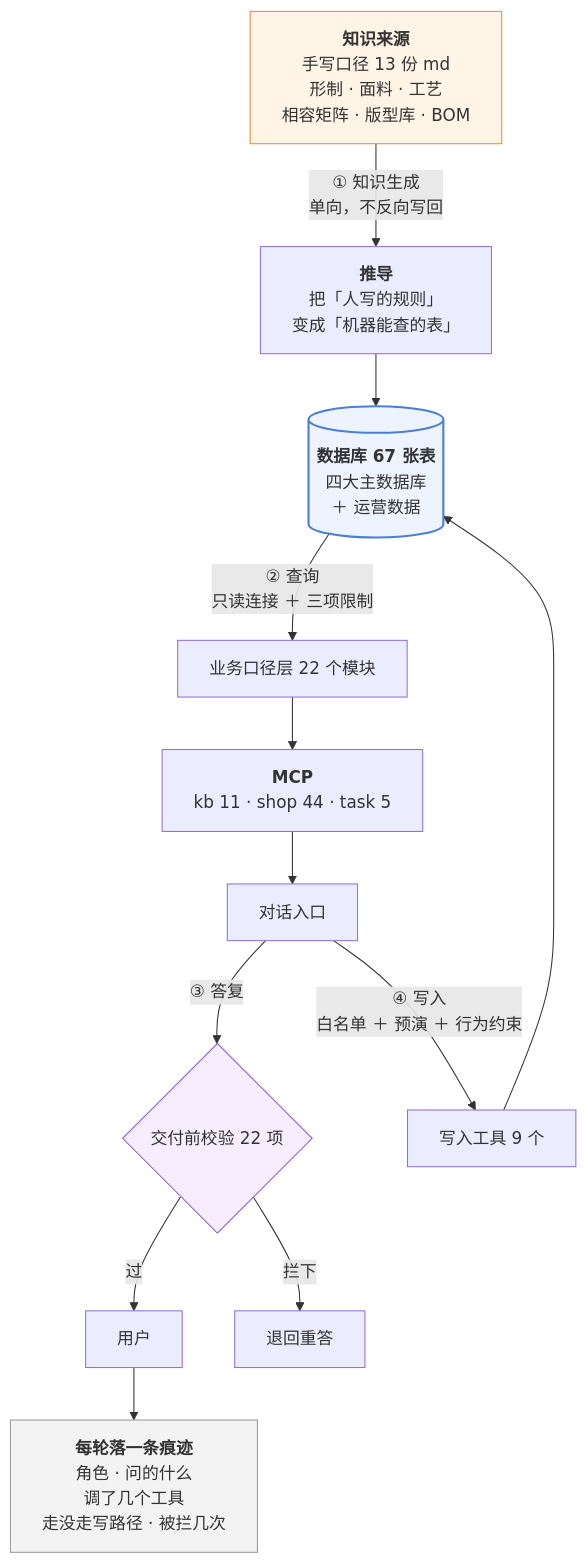
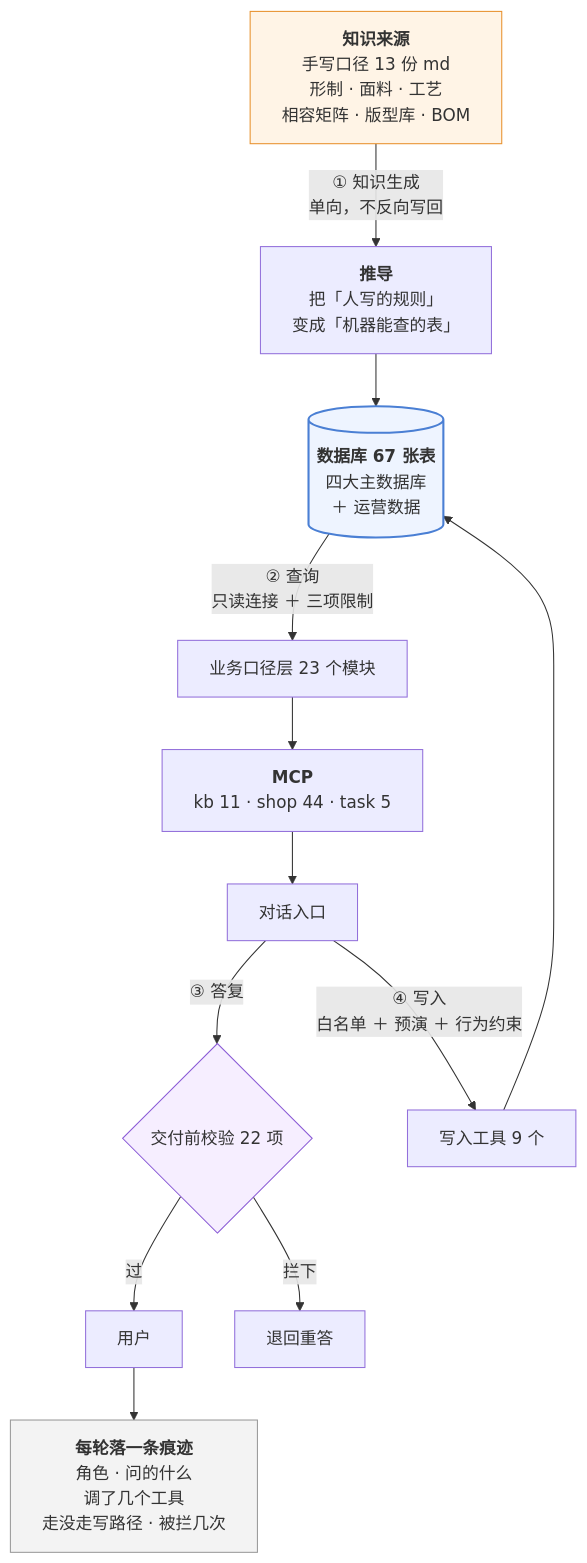
One commit to 843773296-rgb/lanxiu-yunshang-agent changed the third of 4 diagrams in 澜绣云裳agent-产品需求文档.md. Above: the diagram before and after it, drawn with Mermaid. The commit also changed other lines of this file and 6 other files, not shown here.

````diff
--- a/澜绣云裳agent-产品需求文档.md
+++ b/澜绣云裳agent-产品需求文档.md
@@ -376,24 +376,24 @@
 ```mermaid
 flowchart TD
     MD["<b>知识来源</b><br/>手写口径 13 份 md<br/>形制 · 面料 · 工艺<br/>相容矩阵 · 版型库 · BOM"]
     MD -->|"① 知识生成<br/>单向，不反向写回"| DV["<b>推导</b><br/>把「人写的规则」<br/>变成「机器能查的表」"]
     DV --> DB[("<b>数据库 67 张表</b><br/>四大主数据库<br/>＋ 运营数据")]
 
-    DB -->|"② 查询<br/>只读连接 ＋ 三项限制"| KJ["业务口径层 22 个模块"]
+    DB -->|"② 查询<br/>只读连接 ＋ 三项限制"| KJ["业务口径层 23 个模块"]
     KJ --> MCP["<b>MCP</b><br/>kb 11 · shop 44 · task 5"]
     MCP --> LLM["对话入口"]
 
     LLM -->|"③ 答复"| GD{"交付前校验 22 项"}
     GD -- 过 --> U["用户"]
     GD -- 拦下 --> RE["退回重答"]
 
     LLM -->|"④ 写入<br/>白名单 ＋ 预演 ＋ 行为约束"| W["写入工具 9 个"]
     W --> DB
 
     U --> TR["<b>每轮落一条痕迹</b><br/>角色 · 问的什么<br/>调了几个工具<br/>走没走写路径 · 被拦几次"]
 
     style MD fill:#fff4e6,stroke:#e8912d
     style DB fill:#eef4ff,stroke:#4a7fd4,stroke-width:2px
     style GD fill:#f6eeff,stroke:#8b5cd6
     style TR fill:#f3f3f3,stroke:#999
 ```
````
